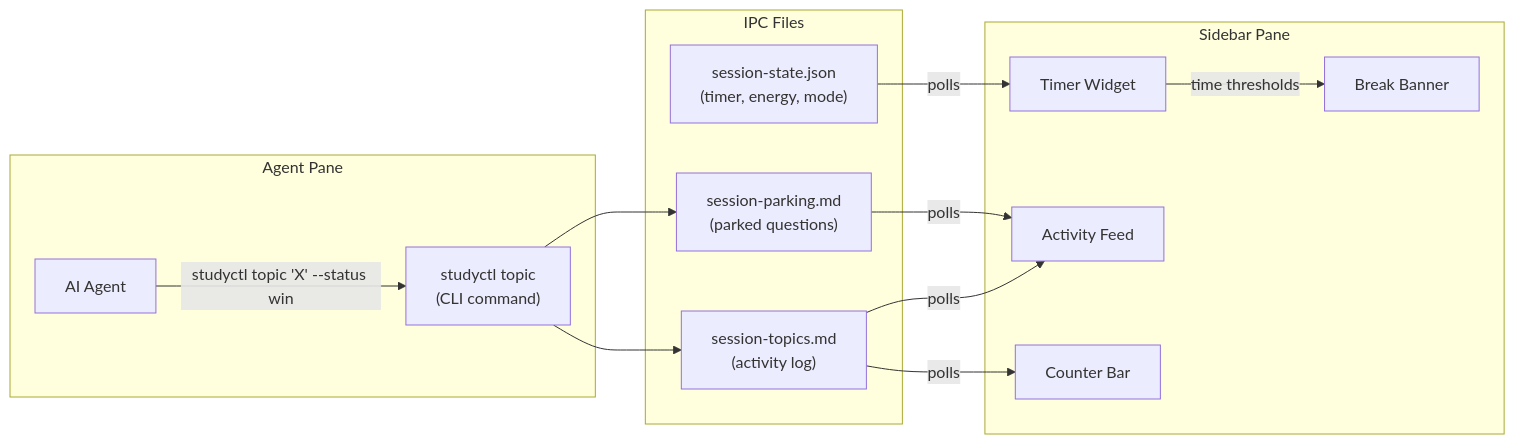
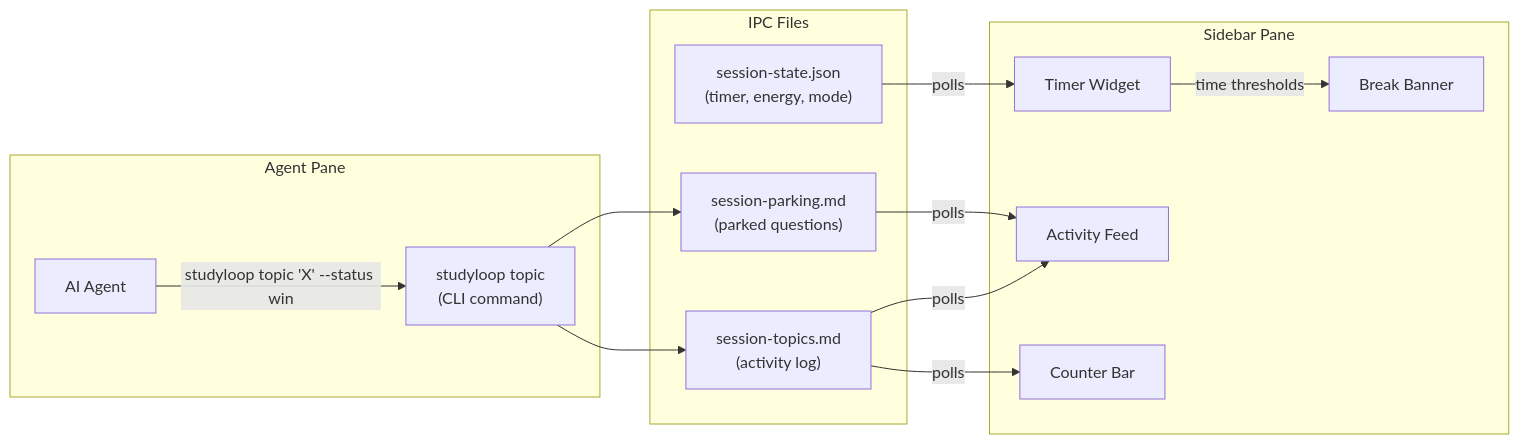
One commit to NetDevAutomate/StudyLoop changed the diagram in docs/tui-guide.md. Above: the diagram before and after it, drawn with Mermaid. The commit also changed other lines of this file and 90 other files, not shown here.

````diff
--- a/docs/tui-guide.md
+++ b/docs/tui-guide.md
@@ -42,29 +42,29 @@
 ```mermaid
 graph LR
     subgraph "Agent Pane"
         AGENT["AI Agent"]
-        CLI["studyctl topic<br/>(CLI command)"]
+        CLI["studyloop topic<br/>(CLI command)"]
     end
 
     subgraph "IPC Files"
         STATE["session-state.json<br/>(timer, energy, mode)"]
         TOPICS["session-topics.md<br/>(activity log)"]
         PARKING["session-parking.md<br/>(parked questions)"]
     end
 
     subgraph "Sidebar Pane"
         TIMER["Timer Widget"]
         FEED["Activity Feed"]
         COUNTERS["Counter Bar"]
         BREAK["Break Banner"]
     end
 
-    AGENT -->|"studyctl topic 'X' --status win"| CLI
+    AGENT -->|"studyloop topic 'X' --status win"| CLI
     CLI --> TOPICS
     CLI --> PARKING
     TOPICS -->|polls| FEED
     TOPICS -->|polls| COUNTERS
     PARKING -->|polls| FEED
     STATE -->|polls| TIMER
     TIMER -->|"time thresholds"| BREAK
 ```
````
